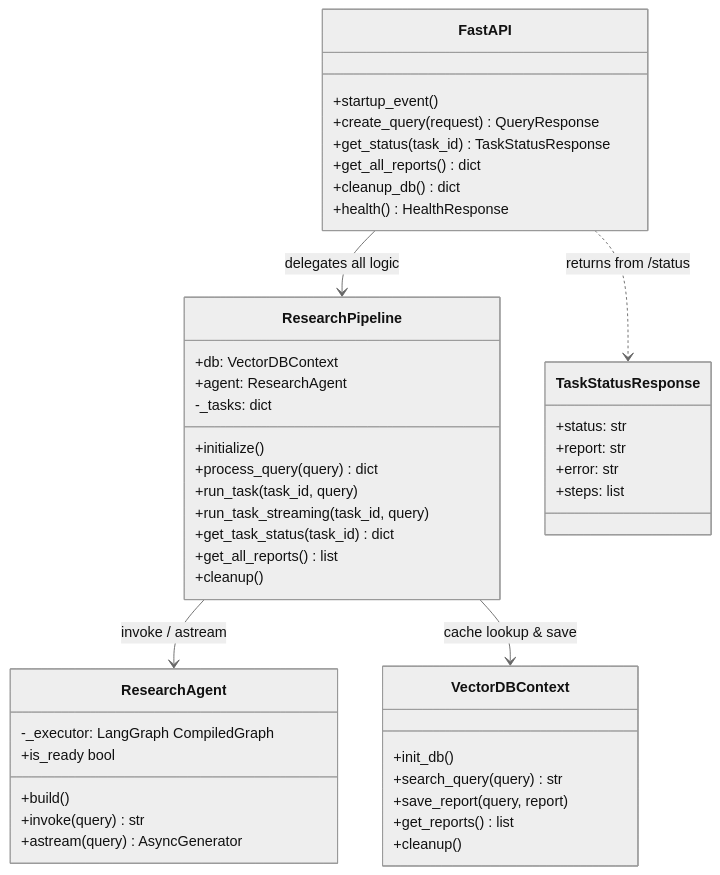
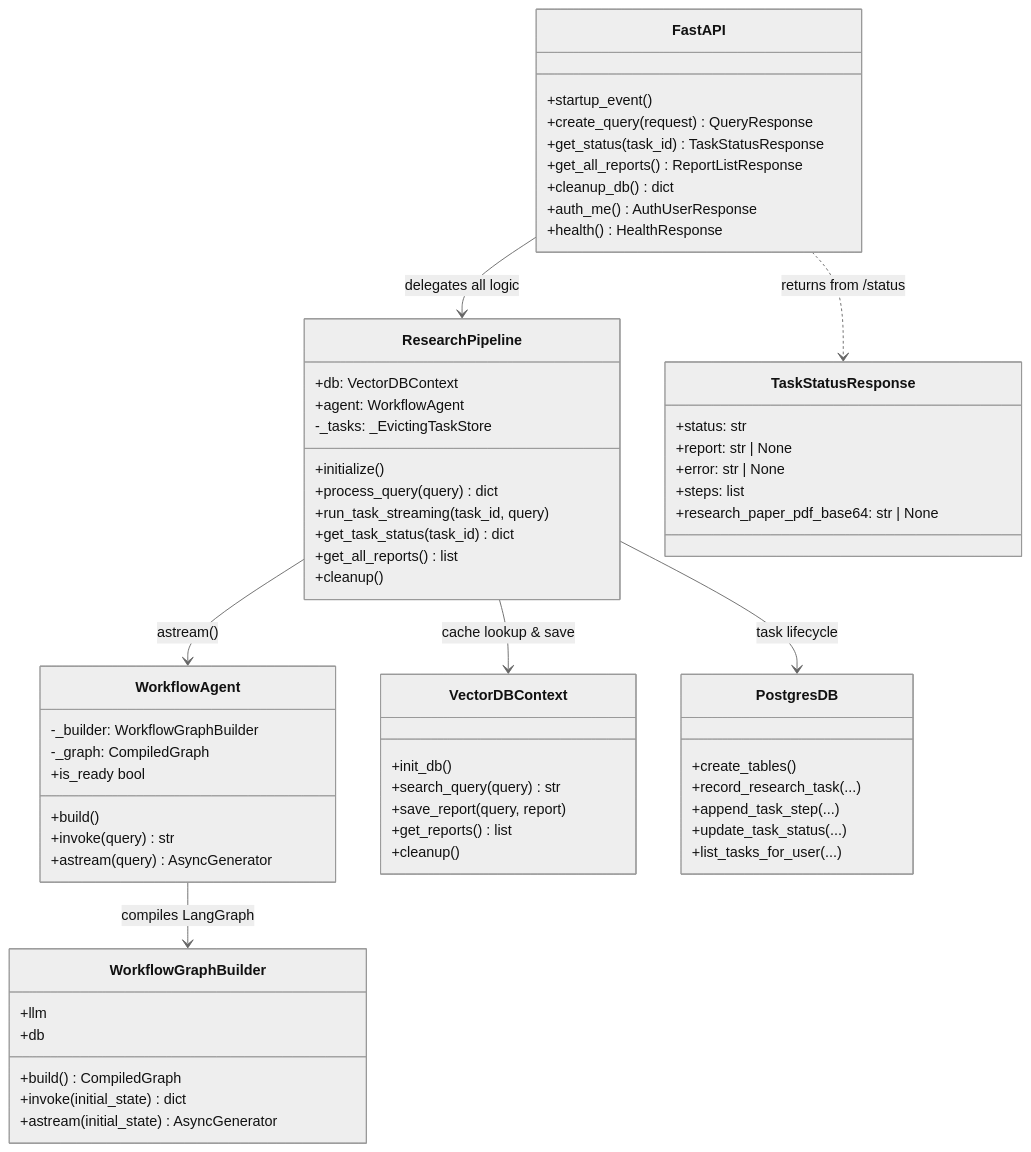
The third of 5 diagrams in backend/docs/architecture.md (nishant5790/aion-ai-research), drawn with Mermaid (neutral theme) before and after one commit. The commit also changed other lines of this file and 3 other files, not shown here.

````diff
--- a/backend/docs/architecture.md
+++ b/backend/docs/architecture.md
@@ -94,52 +103,72 @@
 ```mermaid
 classDiagram
     class FastAPI {
         +startup_event()
         +create_query(request) QueryResponse
         +get_status(task_id) TaskStatusResponse
-        +get_all_reports() dict
+        +get_all_reports() ReportListResponse
         +cleanup_db() dict
+        +auth_me() AuthUserResponse
         +health() HealthResponse
     }
 
     class ResearchPipeline {
         +db: VectorDBContext
-        +agent: ResearchAgent
-        -_tasks: dict
+        +agent: WorkflowAgent
+        -_tasks: _EvictingTaskStore
         +initialize()
         +process_query(query) dict
-        +run_task(task_id, query)
         +run_task_streaming(task_id, query)
         +get_task_status(task_id) dict
         +get_all_reports() list
         +cleanup()
     }
 
-    class ResearchAgent {
-        -_executor: LangGraph CompiledGraph
+    class WorkflowAgent {
+        -_builder: WorkflowGraphBuilder
+        -_graph: CompiledGraph
         +is_ready bool
         +build()
         +invoke(query) str
         +astream(query) AsyncGenerator
+    }
+
+    class WorkflowGraphBuilder {
+        +llm
+        +db
+        +build() CompiledGraph
+        +invoke(initial_state) dict
+        +astream(initial_state) AsyncGenerator
     }
 
     class VectorDBContext {
         +init_db()
         +search_query(query) str
         +save_report(query, report)
         +get_reports() list
         +cleanup()
     }
 
+    class PostgresDB {
+        +create_tables()
+        +record_research_task(...)
+        +append_task_step(...)
+        +update_task_status(...)
+        +list_tasks_for_user(...)
+    }
+
     class TaskStatusResponse {
         +status: str
-        +report: str
-        +error: str
+        +report: str | None
+        +error: str | None
         +steps: list
+        +research_paper_pdf_base64: str | None
     }
 
     FastAPI --> ResearchPipeline : delegates all logic
-    ResearchPipeline --> ResearchAgent : invoke / astream
+    ResearchPipeline --> WorkflowAgent : astream()
+    WorkflowAgent --> WorkflowGraphBuilder : compiles LangGraph
     ResearchPipeline --> VectorDBContext : cache lookup & save
+    ResearchPipeline --> PostgresDB : task lifecycle
     FastAPI ..> TaskStatusResponse : returns from /status
 ```
````
